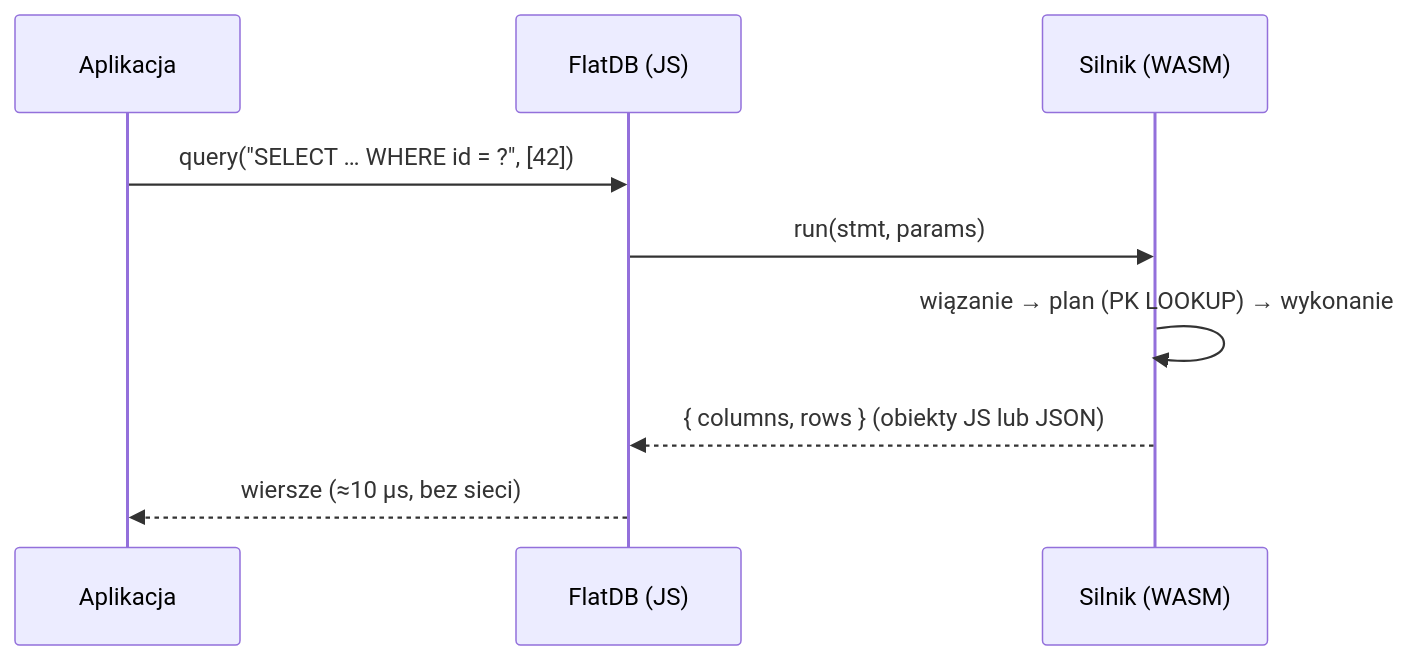
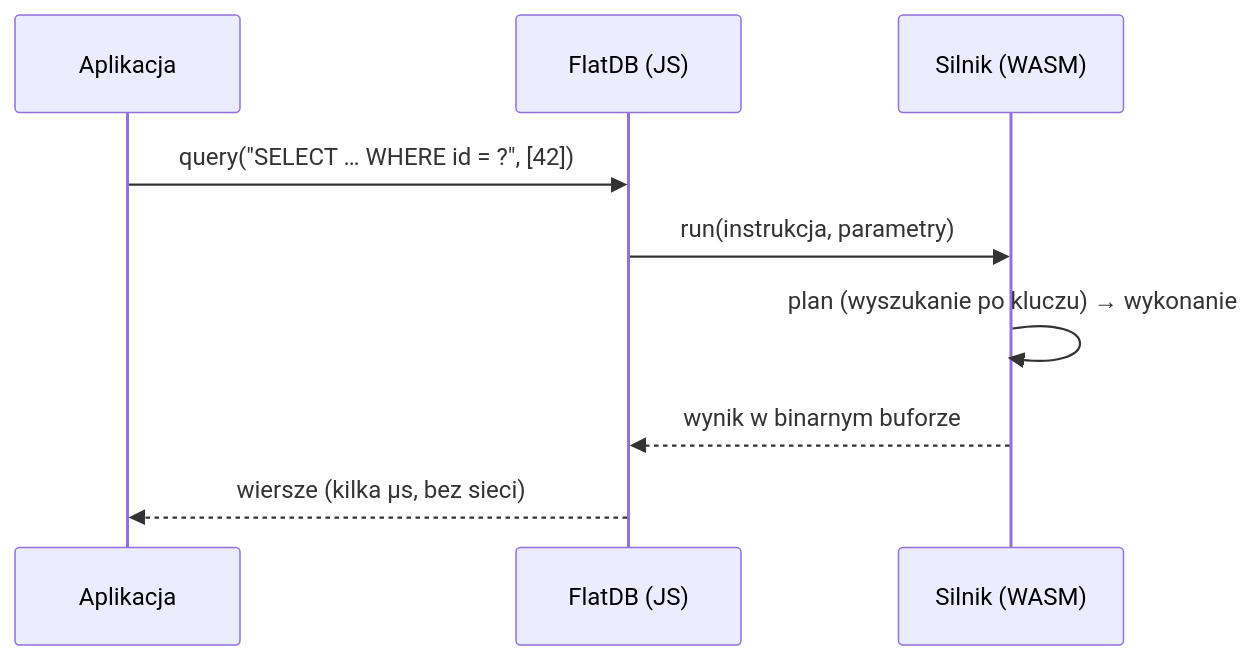
Before and after one commit to best-team-8/dbms-rust-wasm: the second of 4 diagrams in README.md, drawn with Mermaid. The commit also changed other lines of this file and 63 other files, not shown here.

````diff
--- a/README.md
+++ b/README.md
@@ -217,11 +70,11 @@
 ```mermaid
 sequenceDiagram
   participant App as Aplikacja
   participant B as FlatDB (JS)
   participant E as Silnik (WASM)
   App->>B: query("SELECT … WHERE id = ?", [42])
-  B->>E: run(stmt, params)
-  E->>E: wiązanie → plan (PK LOOKUP) → wykonanie
-  E-->>B: { columns, rows } (obiekty JS lub JSON)
-  B-->>App: wiersze (≈10 µs, bez sieci)
+  B->>E: run(instrukcja, parametry)
+  E->>E: plan (wyszukanie po kluczu) → wykonanie
+  E-->>B: wynik w binarnym buforze
+  B-->>App: wiersze (kilka µs, bez sieci)
 ```
````
